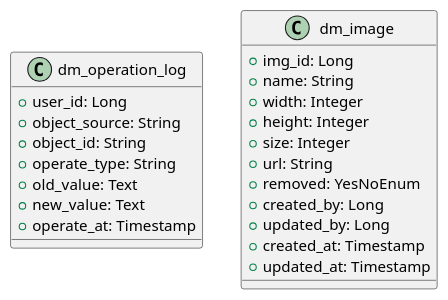
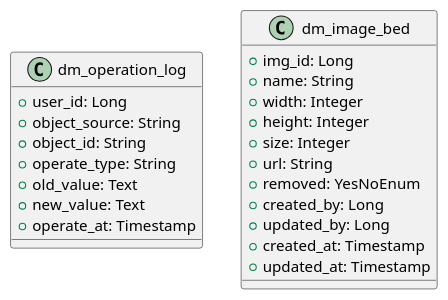
Before and after one commit to xgyb12458/dm-platform: the diagram in documents/dm-shared/shared_cls_core.puml, drawn with PlantUML. The commit also changed 29 other files, not shown here.

```diff
--- a/documents/dm-shared/shared_cls_core.puml
+++ b/documents/dm-shared/shared_cls_core.puml
@@ -1,28 +1,28 @@
 @startuml
 
 ' 谁在什么时间对什么进行了什么操作，有什么变化
 class dm_operation_log {
     + user_id: Long
     + object_source: String
     + object_id: String
     + operate_type: String
     + old_value: Text
     + new_value: Text
     + operate_at: Timestamp
 }
 
-class dm_image {
+class dm_image_bed {
     + img_id: Long
     + name: String
     + width: Integer
     + height: Integer
     + size: Integer
     + url: String
     + removed: YesNoEnum
     + created_by: Long
     + updated_by: Long
     + created_at: Timestamp
     + updated_at: Timestamp
 }
 
 @enduml
```
